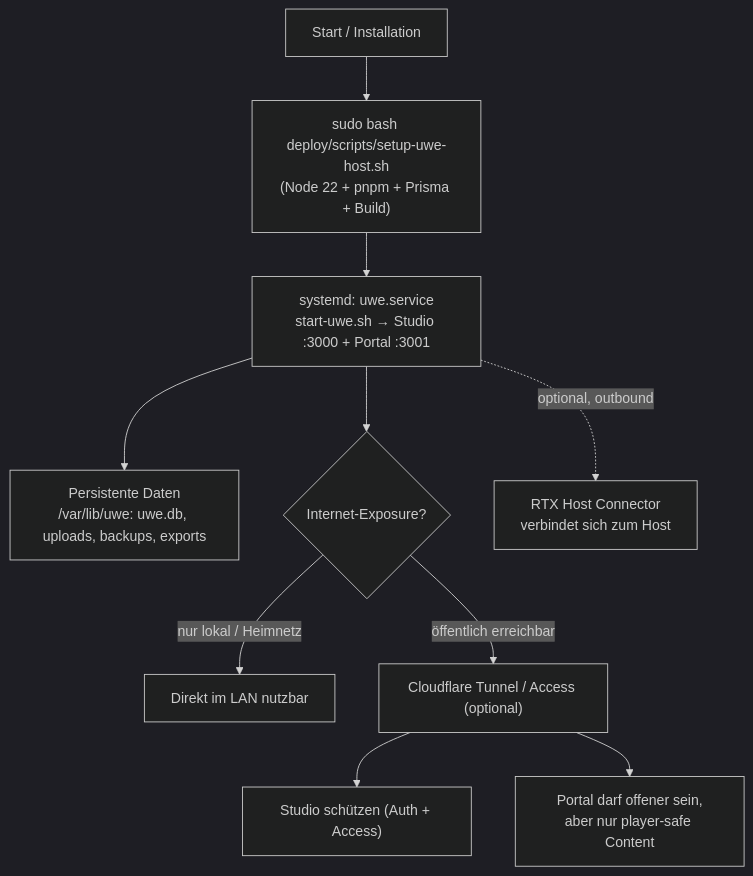
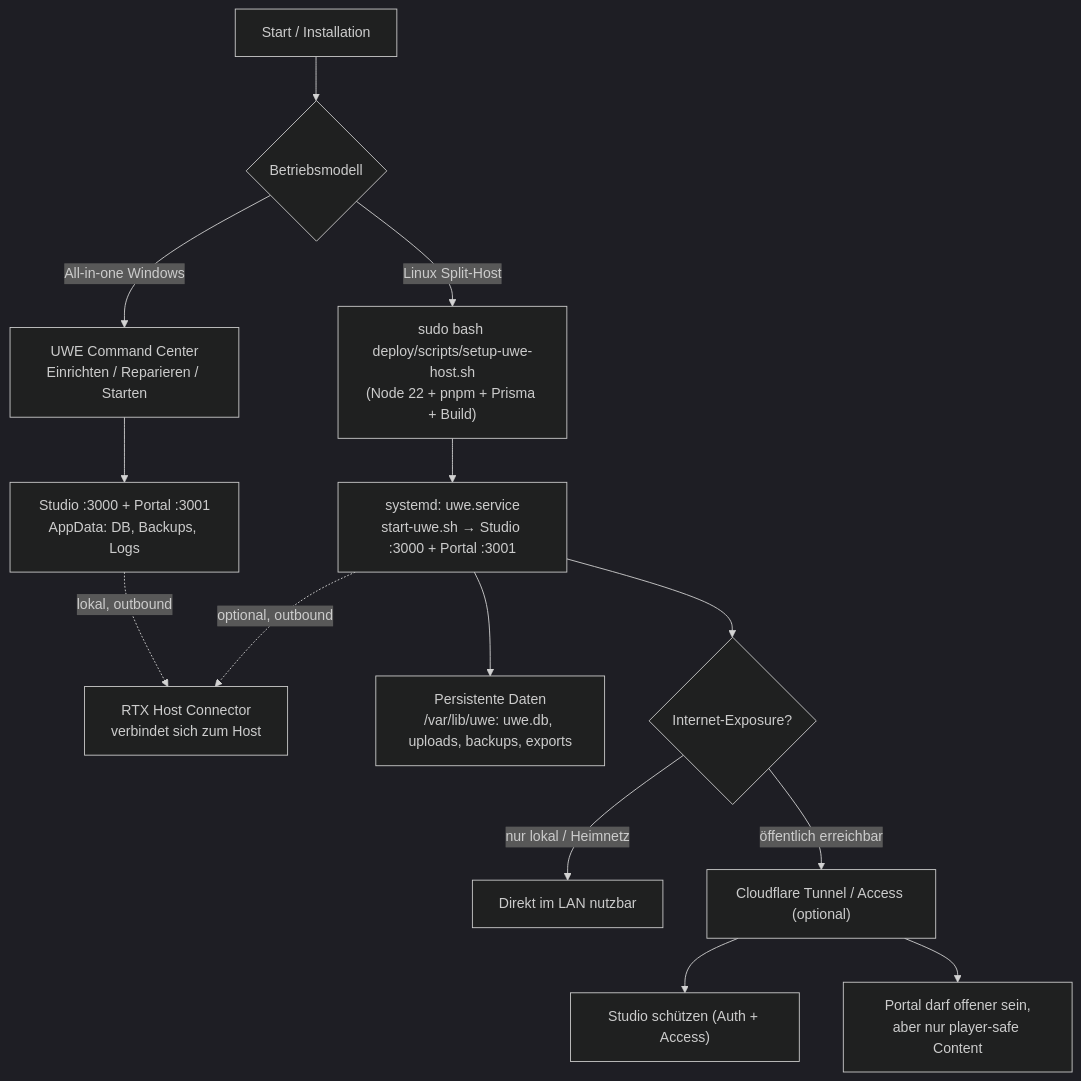
Before and after one commit to Nehmo101/UWE: the fifth of 6 diagrams in docs/ARCHITECTURE.md, drawn with Mermaid (dark theme). The commit also changed other lines of this file and 43 other files, not shown here.

Commit message:
feat: add all-in-one UWE Command Center

````diff
--- a/docs/ARCHITECTURE.md
+++ b/docs/ARCHITECTURE.md
@@ -171,17 +172,22 @@
 ```mermaid
 flowchart TD
-  Start["Start / Installation"] --> Setup["sudo bash deploy/scripts/setup-uwe-host.sh<br/>(Node 22 + pnpm + Prisma + Build)"]
+  Start["Start / Installation"] --> Mode{"Betriebsmodell"}
+  Mode -->|All-in-one Windows| CommandCenter["UWE Command Center<br/>Einrichten / Reparieren / Starten"]
+  Mode -->|Linux Split-Host| Setup["sudo bash deploy/scripts/setup-uwe-host.sh<br/>(Node 22 + pnpm + Prisma + Build)"]
+
+  CommandCenter --> LocalService["Studio :3000 + Portal :3001<br/>AppData: DB, Backups, Logs"]
+  LocalService -.->|lokal, outbound| Connector
 
   Setup --> Service["systemd: uwe.service<br/>start-uwe.sh → Studio :3000 + Portal :3001"]
 
   Service --> Data["Persistente Daten<br/>/var/lib/uwe: uwe.db, uploads, backups, exports"]
   Service --> Protection{"Internet-Exposure?"}
 
   Protection -->|nur lokal / Heimnetz| LAN["Direkt im LAN nutzbar"]
   Protection -->|öffentlich erreichbar| Access["Cloudflare Tunnel / Access (optional)"]
 
   Access --> StudioProtected["Studio schützen (Auth + Access)"]
   Access --> PortalPublic["Portal darf offener sein,<br/>aber nur player-safe Content"]
 
   Service -.->|optional, outbound| Connector["RTX Host Connector<br/>verbindet sich zum Host"]
 ```
````
